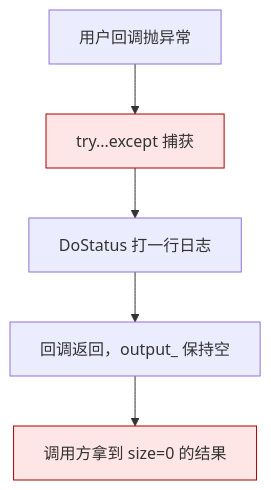
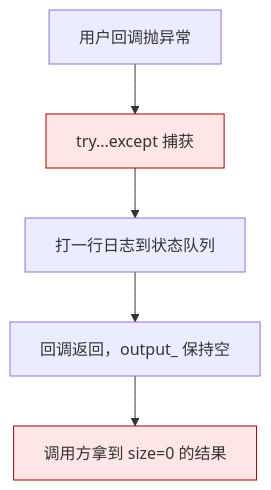
One commit to PassByYou888/LingoFuse changed the first of 4 diagrams in doc/LF_Error_In_Callback.md. Above: the diagram before and after it, drawn with Mermaid. The commit also changed other lines of this file, not shown here.

````diff
--- a/doc/LF_Error_In_Callback.md
+++ b/doc/LF_Error_In_Callback.md
@@ -7,10 +7,10 @@
 ```mermaid
 flowchart TD
     A["用户回调抛异常"] --> B["try...except 捕获"]
-    B --> C["DoStatus 打一行日志"]
+    B --> C["打一行日志到状态队列"]
     C --> D["回调返回，output_ 保持空"]
     D --> E["调用方拿到 size=0 的结果"]
 
     style B fill:#ffe6e6,stroke:#a00
     style E fill:#ffe6e6,stroke:#a00
 ```
````
